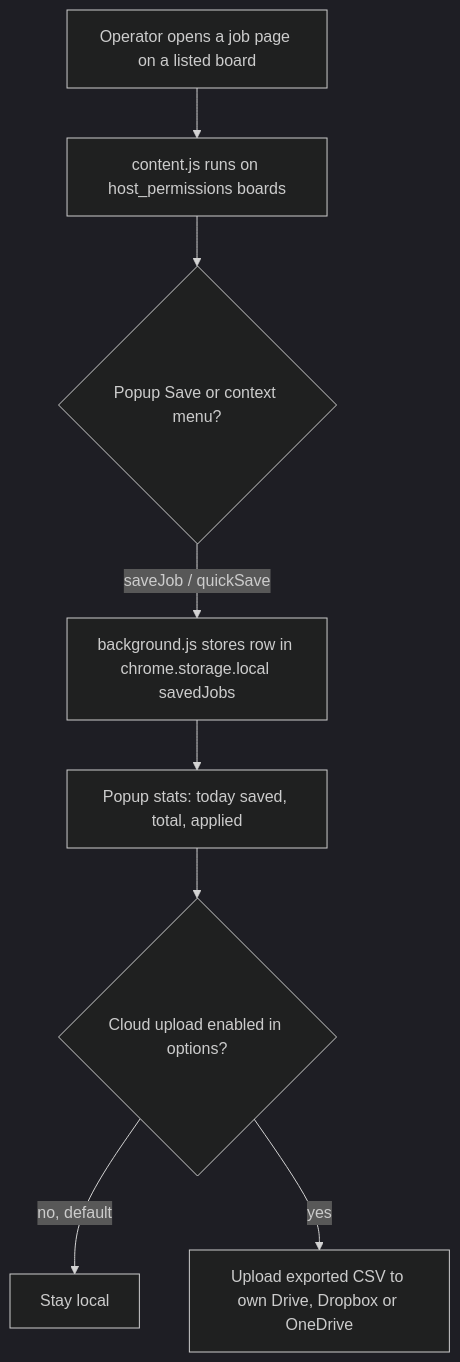
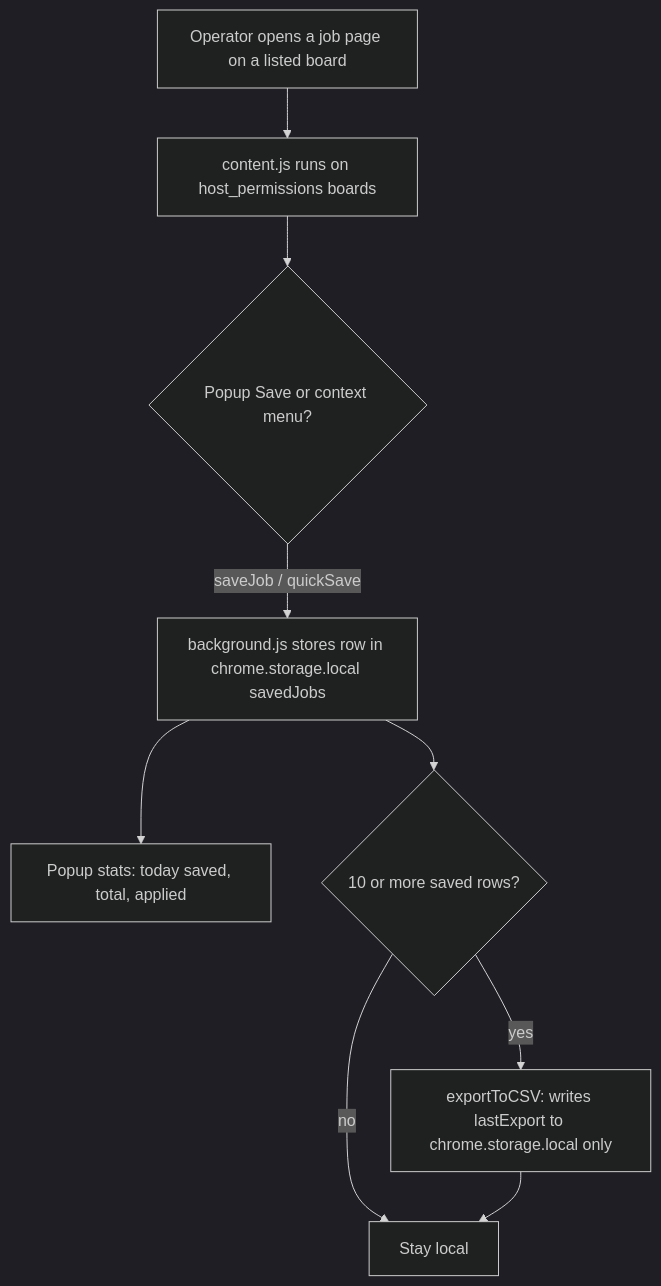
One commit to bookchaowalit/career-job-scraper changed the second of 3 diagrams in docs/diagrams/03-user-flows.md. Above: the diagram before and after it, drawn with Mermaid (dark theme). The commit also changed other lines of this file and 1 other file, not shown here.

First line of the commit message:
docs: correct cloud upload, quarantine and approval paths

````diff
--- a/docs/diagrams/03-user-flows.md
+++ b/docs/diagrams/03-user-flows.md
@@ -29,10 +29,11 @@
 ```mermaid
 flowchart TD
   A["Operator opens a job page on a listed board"] --> B["content.js runs on host_permissions boards"]
   B --> C{"Popup Save or context menu?"}
   C -->|"saveJob / quickSave"| D["background.js stores row in chrome.storage.local savedJobs"]
   D --> E["Popup stats: today saved, total, applied"]
-  E --> F{"Cloud upload enabled in options?"}
-  F -->|"no, default"| G["Stay local"]
-  F -->|"yes"| H["Upload exported CSV to own Drive, Dropbox or OneDrive"]
+  D --> F{"10 or more saved rows?"}
+  F -->|"yes"| G["exportToCSV: writes lastExport to chrome.storage.local only"]
+  F -->|"no"| H["Stay local"]
+  G --> H
 ```
````
